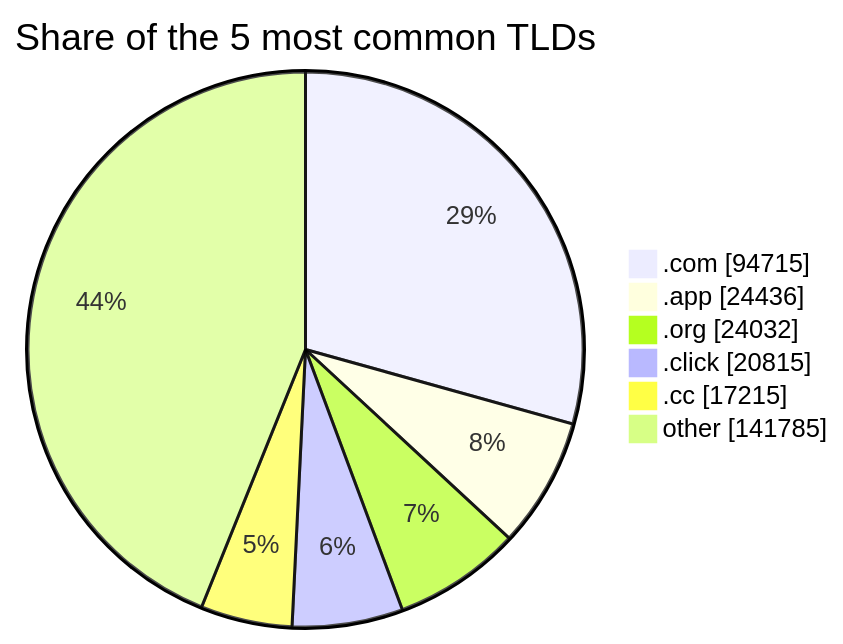
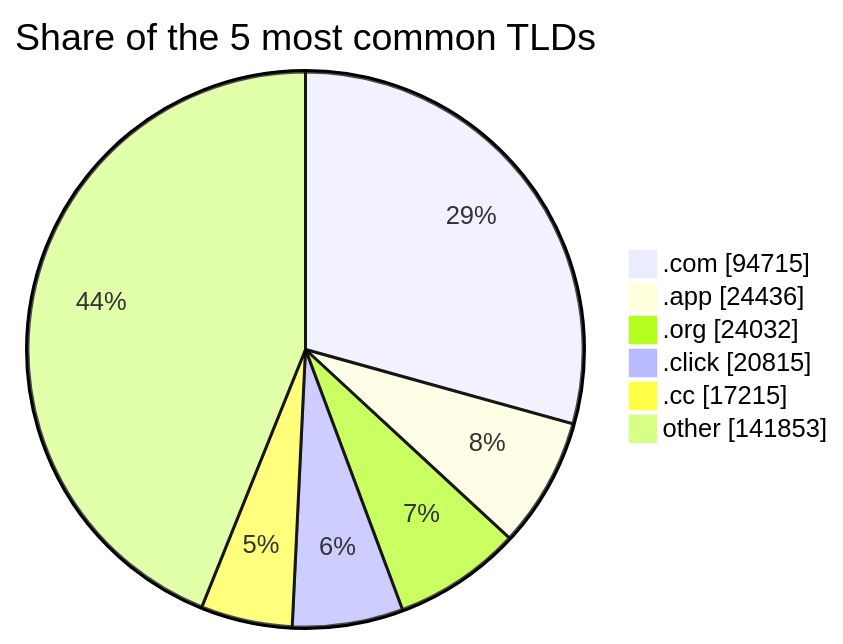
Before and after one commit to DNSBunker/CTI: the third of 3 diagrams in README.md, drawn with Mermaid. The commit also changed other lines of this file and 4 other files, not shown here.

````diff
--- a/README.md
+++ b/README.md
@@ -81,9 +81,9 @@
 ```mermaid
 pie showData title Share of the 5 most common TLDs
     ".com" : 94715
     ".app" : 24436
     ".org" : 24032
     ".click" : 20815
     ".cc" : 17215
-    "other" : 141785
+    "other" : 141853
 ```
````
